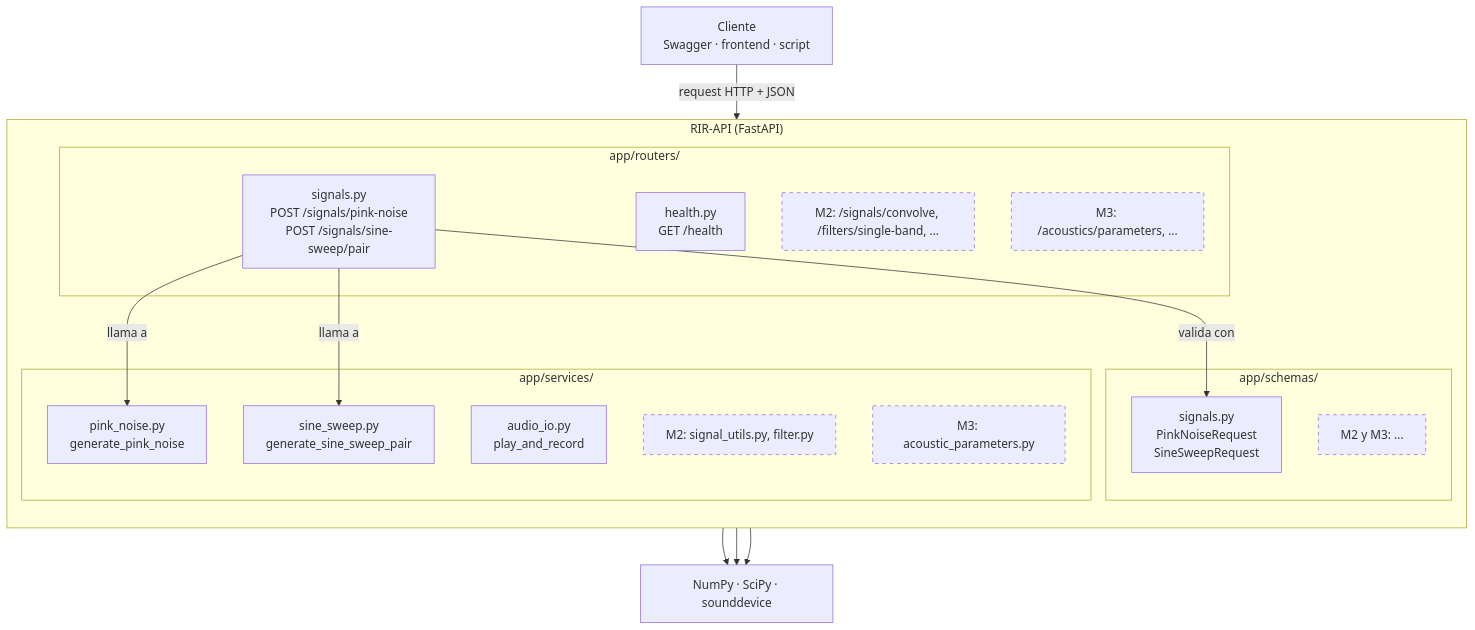
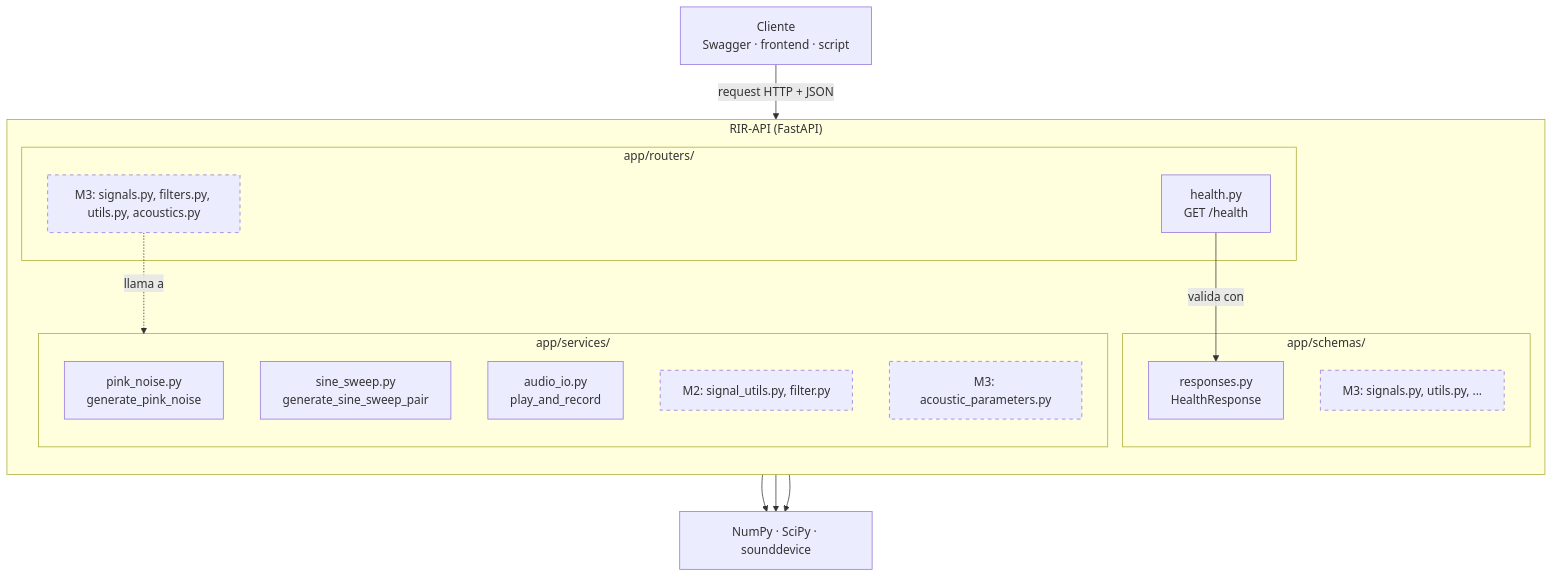
One commit to maxiyommi/signal-systems changed the diagram in trabajo_practico/especificacion/m0_arquitectura.md. Above: the diagram before and after it, drawn with Mermaid. The commit also changed other lines of this file and 11 other files, not shown here.

First line of the commit message:
Linterna en la pizarra y el diagrama de arquitectura en M1-M3

````diff
--- a/trabajo_practico/especificacion/m0_arquitectura.md
+++ b/trabajo_practico/especificacion/m0_arquitectura.md
@@ -240,34 +226,31 @@
     ```mermaid
     flowchart TB
         C["Cliente<br/>Swagger · frontend · script"]
         subgraph API["RIR-API (FastAPI)"]
             direction TB
             subgraph R["app/routers/"]
                 RH["health.py<br/>GET /health"]
-                RS["signals.py<br/>POST /signals/pink-noise<br/>POST /signals/sine-sweep/pair"]
-                RM2["M2: /signals/convolve, /filters/single-band, ..."]
-                RM3["M3: /acoustics/parameters, ..."]
+                RM3["M3: signals.py, filters.py, utils.py, acoustics.py"]
             end
             subgraph SC["app/schemas/"]
-                SS["signals.py<br/>PinkNoiseRequest<br/>SineSweepRequest"]
-                SM["M2 y M3: ..."]
+                SH["responses.py<br/>HealthResponse"]
+                SM3["M3: signals.py, utils.py, ..."]
             end
             subgraph SV["app/services/"]
                 PN["pink_noise.py<br/>generate_pink_noise"]
                 SW["sine_sweep.py<br/>generate_sine_sweep_pair"]
                 IO["audio_io.py<br/>play_and_record"]
                 VM2["M2: signal_utils.py, filter.py"]
                 VM3["M3: acoustic_parameters.py"]
             end
         end
         L["NumPy · SciPy · sounddevice"]
-        C -->|"request HTTP + JSON"| RS
-        RS -->|"valida con"| SS
-        RS -->|"llama a"| PN
-        RS -->|"llama a"| SW
+        C -->|"request HTTP + JSON"| RH
+        RH -->|"valida con"| SH
+        RM3 -.->|"llama a"| SV
         PN --> L
         SW --> L
         IO --> L
         classDef pendiente stroke-dasharray: 5 5
-        class RM2,RM3,SM,VM2,VM3 pendiente
+        class RM3,SM3,VM2,VM3 pendiente
     ```
````
